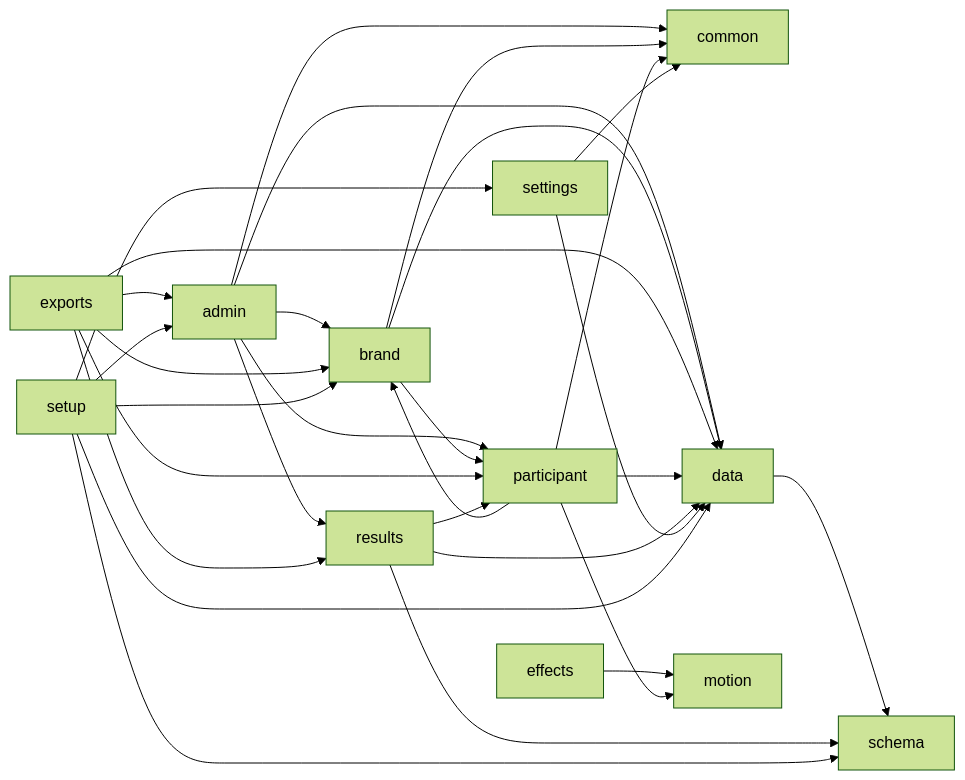
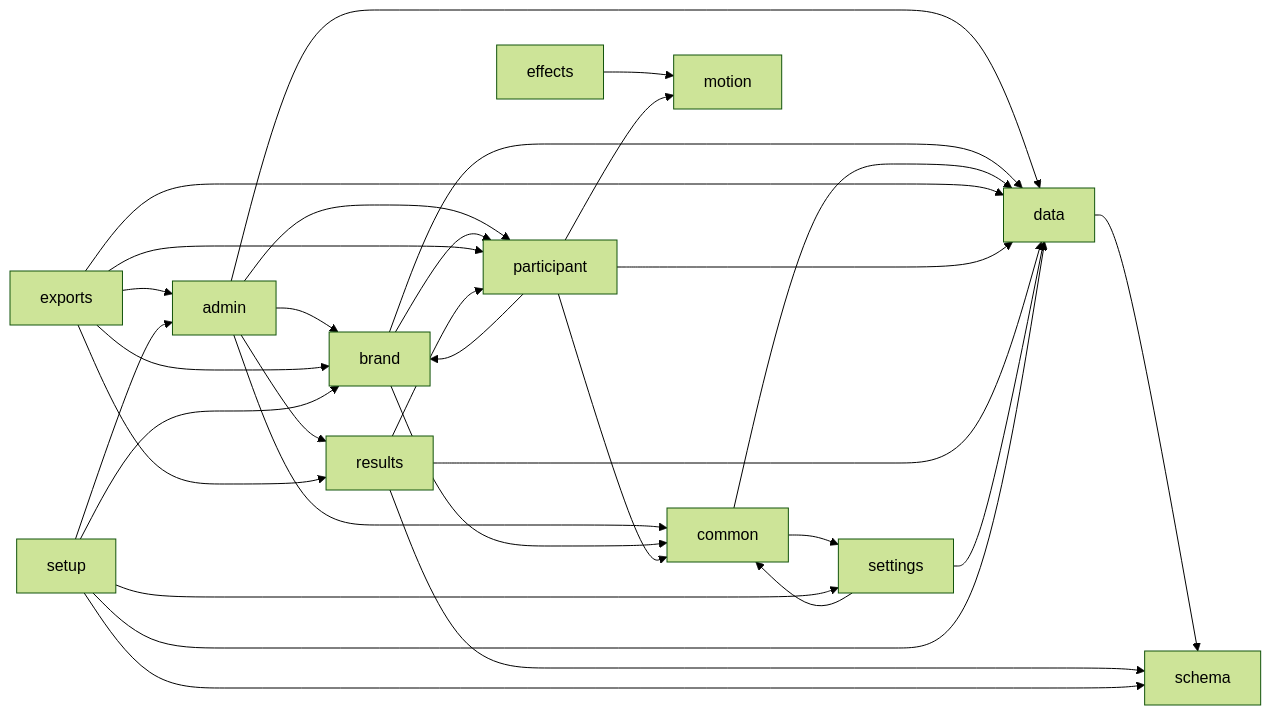
The diagram in docs/MODULES.md (satyagames/pursuit-managed-services), drawn with Mermaid (forest theme) before and after one commit. The commit also changed other lines of this file and 12 other files, not shown here.

Commit message:
19: the documents (SHAREPOINT's sessions, tokens and the 403 with the tenant checks; DATA-FLOW's ladder; RULES; DECISIONS; TESTING; README; QA 205 to 210; HISTORY); the runbook's step 15 and the release notes; RELEASE-19.md; PHASE_19 as measured

````diff
--- a/docs/MODULES.md
+++ b/docs/MODULES.md
@@ -14,32 +14,34 @@
 ```mermaid
 flowchart LR
   admin --> brand
   admin --> common
   admin --> data
   admin --> participant
   admin --> results
   brand --> common
   brand --> data
   brand --> participant
+  common --> data
+  common --> settings
   data --> schema
   effects --> motion
   exports --> admin
   exports --> brand
   exports --> data
   exports --> participant
   exports --> results
   participant --> brand
   participant --> common
   participant --> data
   participant --> motion
   results --> data
   results --> participant
   results --> schema
   settings --> common
   settings --> data
   setup --> admin
   setup --> brand
   setup --> data
   setup --> schema
   setup --> settings
 ```
````
